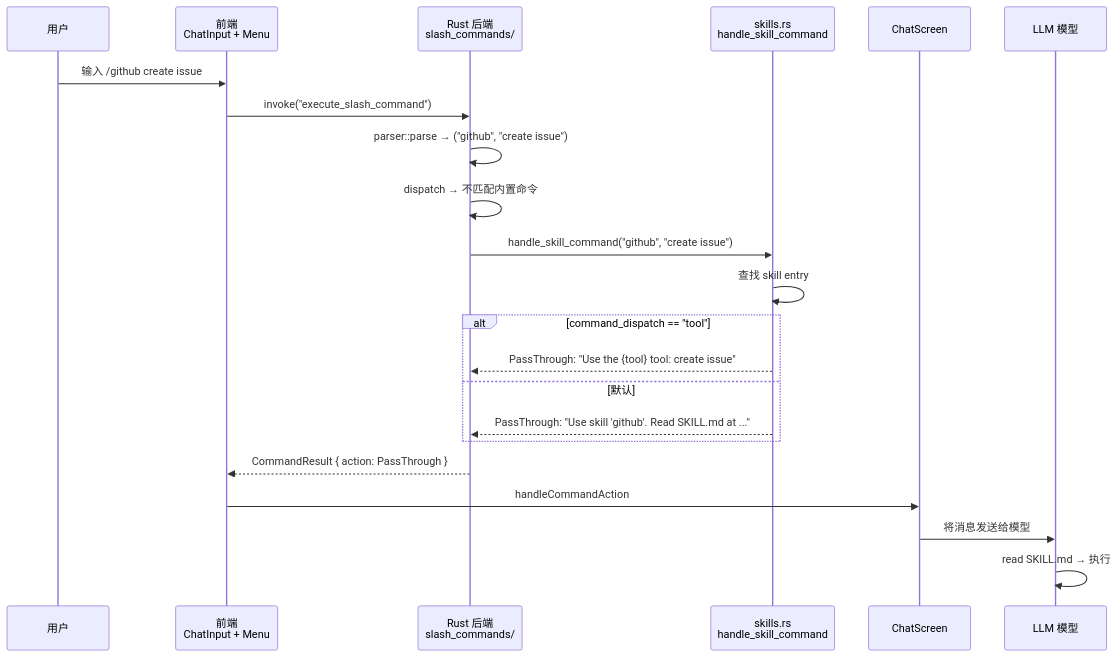
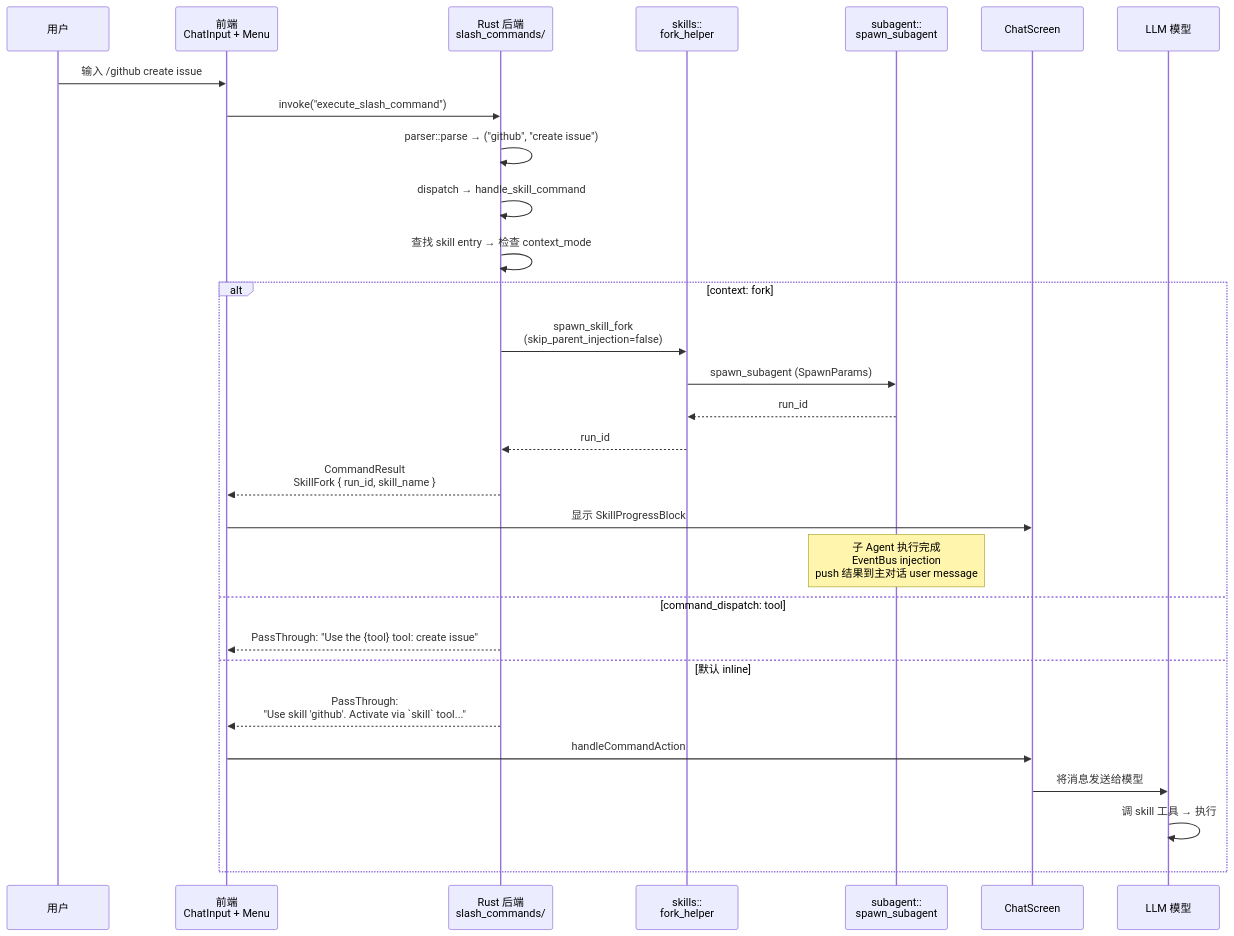
One commit to shiwenwen/hope-agent changed diagram 18 of 18 in docs/architecture/skill-system.md. Above: the diagram before and after it, drawn with Mermaid. The commit also changed other lines of this file and 30 other files, not shown here.

````diff
--- a/docs/architecture/skill-system.md
+++ b/docs/architecture/skill-system.md
@@ -908,27 +1376,33 @@
 ```mermaid
 sequenceDiagram
     participant U as 用户
     participant FE as 前端<br/>ChatInput + Menu
     participant BE as Rust 后端<br/>slash_commands/
-    participant SK as skills.rs<br/>handle_skill_command
+    participant FORK as skills::<br/>fork_helper
+    participant SUB as subagent::<br/>spawn_subagent
     participant CS as ChatScreen
     participant LLM as LLM 模型
 
     U->>FE: 输入 /github create issue
     FE->>BE: invoke("execute_slash_command")
     BE->>BE: parser::parse → ("github", "create issue")
-    BE->>BE: dispatch → 不匹配内置命令
-    BE->>SK: handle_skill_command("github", "create issue")
-    SK->>SK: 查找 skill entry
+    BE->>BE: dispatch → handle_skill_command
+    BE->>BE: 查找 skill entry → 检查 context_mode
 
-    alt command_dispatch == "tool"
-        SK-->>BE: PassThrough: "Use the {tool} tool: create issue"
-    else 默认
-        SK-->>BE: PassThrough: "Use skill 'github'. Read SKILL.md at ..."
+    alt context: fork
+        BE->>FORK: spawn_skill_fork<br/>(skip_parent_injection=false)
+        FORK->>SUB: spawn_subagent (SpawnParams)
+        SUB-->>FORK: run_id
+        FORK-->>BE: run_id
+        BE-->>FE: CommandResult<br/>SkillFork { run_id, skill_name }
+        FE->>CS: 显示 SkillProgressBlock
+        Note over SUB: 子 Agent 执行完成<br/>EventBus injection<br/>push 结果到主对话 user message
+    else command_dispatch: tool
+        BE-->>FE: PassThrough: "Use the {tool} tool: create issue"
+    else 默认 inline
+        BE-->>FE: PassThrough:<br/>"Use skill 'github'. Activate via `skill` tool..."
+        FE->>CS: handleCommandAction
+        CS->>LLM: 将消息发送给模型
+        LLM->>LLM: 调 skill 工具 → 执行
     end
-
-    BE-->>FE: CommandResult { action: PassThrough }
-    FE->>CS: handleCommandAction
-    CS->>LLM: 将消息发送给模型
-    LLM->>LLM: read SKILL.md → 执行
 ```
````
